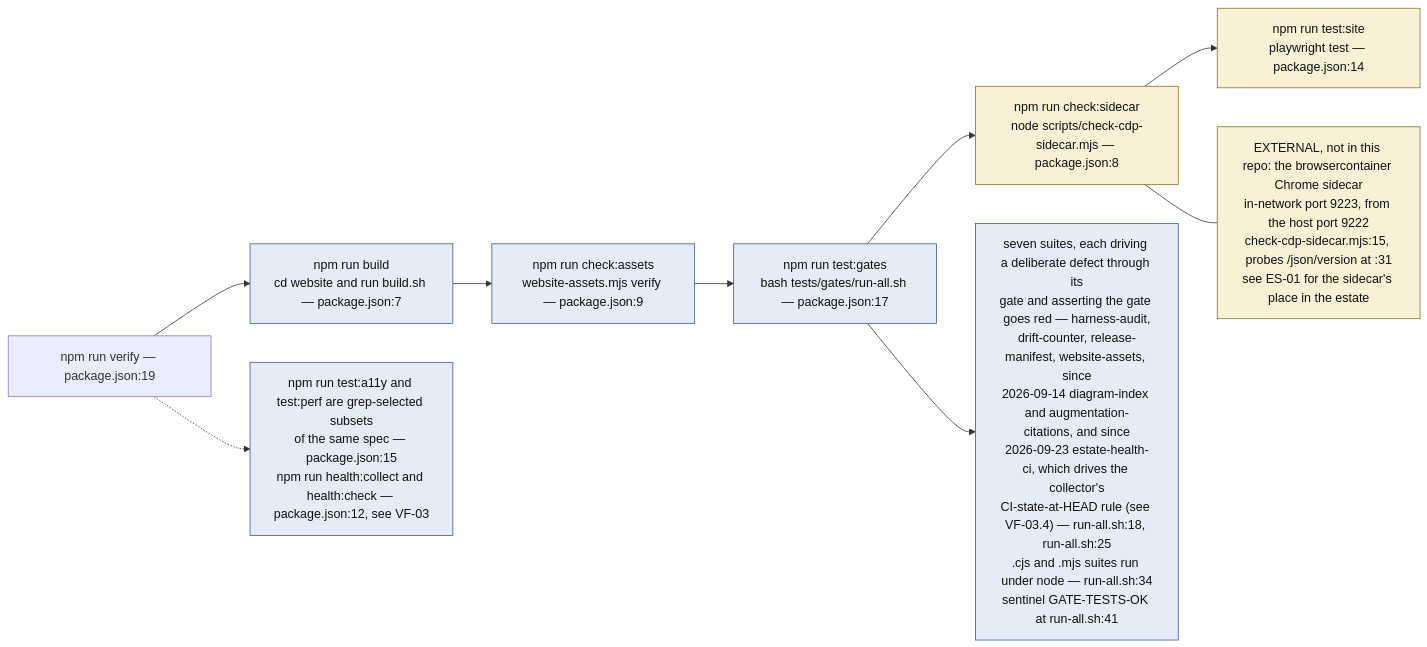
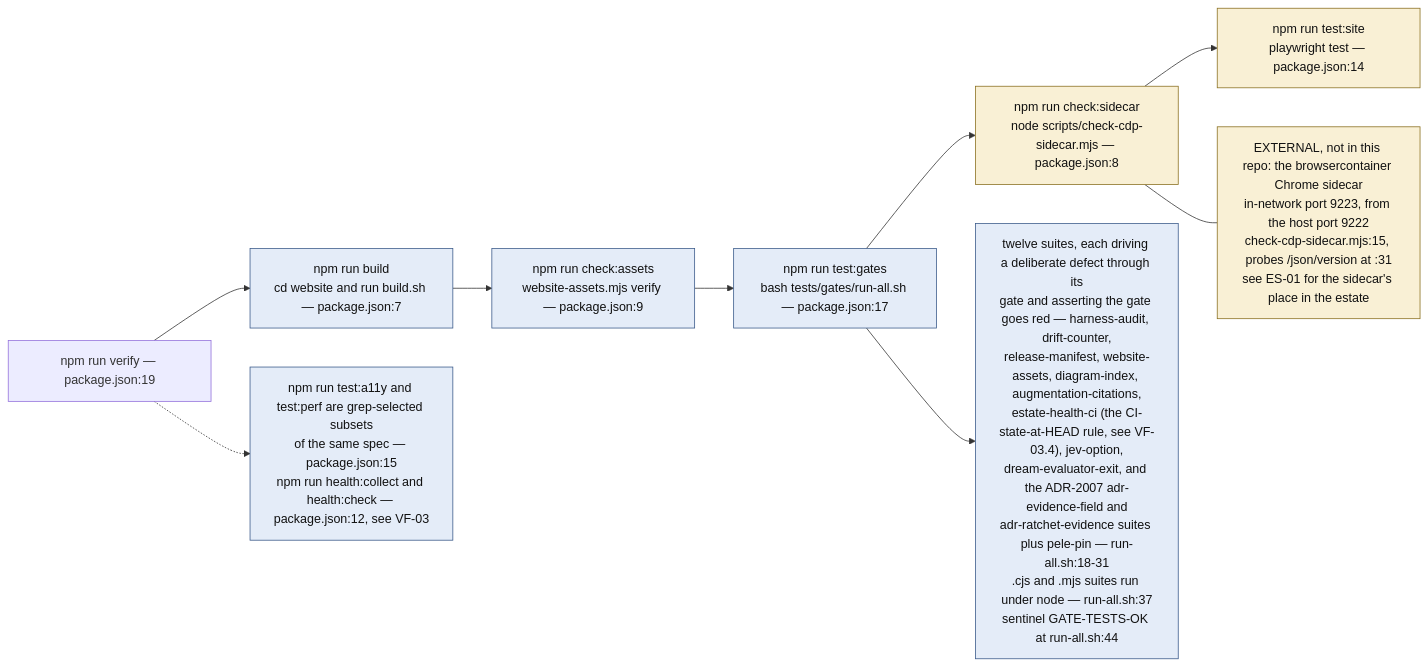
The ninth of 12 diagrams in docs/diagrams/visionflow/02-website-build-and-deploy.md (DreamLab-AI/VisionFlow), drawn with Mermaid before and after one commit. The commit also changed other lines of this file and 91 other files, not shown here.

First line of the commit message:
docs(audit): estate audit wave 2, every repository except agentbox and VisionClaw

````diff
--- a/docs/diagrams/visionflow/02-website-build-and-deploy.md
+++ b/docs/diagrams/visionflow/02-website-build-and-deploy.md
@@ -284,20 +286,20 @@
 ```mermaid
 flowchart LR
     classDef step fill:#e4ecf8,stroke:#3a5a8a,color:#111
     classDef needs fill:#f9f0d5,stroke:#8a7020,color:#111
 
     V["npm run verify — package.json:19"]
     V --> S1["npm run build<br/>cd website and run build.sh — package.json:7"]:::step
     S1 --> S2["npm run check:assets<br/>website-assets.mjs verify — package.json:9"]:::step
     S2 --> S3["npm run test:gates<br/>bash tests/gates/run-all.sh — package.json:17"]:::step
     S3 --> S4["npm run check:sidecar<br/>node scripts/check-cdp-sidecar.mjs — package.json:8"]:::needs
     S4 --> S5["npm run test:site<br/>playwright test — package.json:14"]:::needs
 
-    S3 --> SUITES["seven suites, each driving a deliberate defect through its<br/>gate and asserting the gate goes red — harness-audit,<br/>drift-counter, release-manifest, website-assets, since<br/>2026-09-14 diagram-index and augmentation-citations, and since<br/>2026-09-23 estate-health-ci, which drives the collector's<br/>CI-state-at-HEAD rule (see VF-03.4) — run-all.sh:18, run-all.sh:25<br/>.cjs and .mjs suites run under node — run-all.sh:34<br/>sentinel GATE-TESTS-OK at run-all.sh:41"]:::step
+    S3 --> SUITES["twelve suites, each driving a deliberate defect through its<br/>gate and asserting the gate goes red — harness-audit, drift-counter,<br/>release-manifest, website-assets, diagram-index, augmentation-citations,<br/>estate-health-ci (the CI-state-at-HEAD rule, see VF-03.4), jev-option,<br/>dream-evaluator-exit, and the ADR-2007 adr-evidence-field and<br/>adr-ratchet-evidence suites plus pele-pin — run-all.sh:18-31<br/>.cjs and .mjs suites run under node — run-all.sh:37<br/>sentinel GATE-TESTS-OK at run-all.sh:44"]:::step
 
     SIDE["EXTERNAL, not in this repo: the browsercontainer Chrome sidecar<br/>in-network port 9223, from the host port 9222<br/>check-cdp-sidecar.mjs:15, probes /json/version at :31<br/>see ES-01 for the sidecar's place in the estate"]:::needs
     S4 --- SIDE
 
     OTHER["npm run test:a11y and test:perf are grep-selected subsets<br/>of the same spec — package.json:15<br/>npm run health:collect and health:check — package.json:12, see VF-03"]:::step
     V -.-> OTHER
 ```
````
